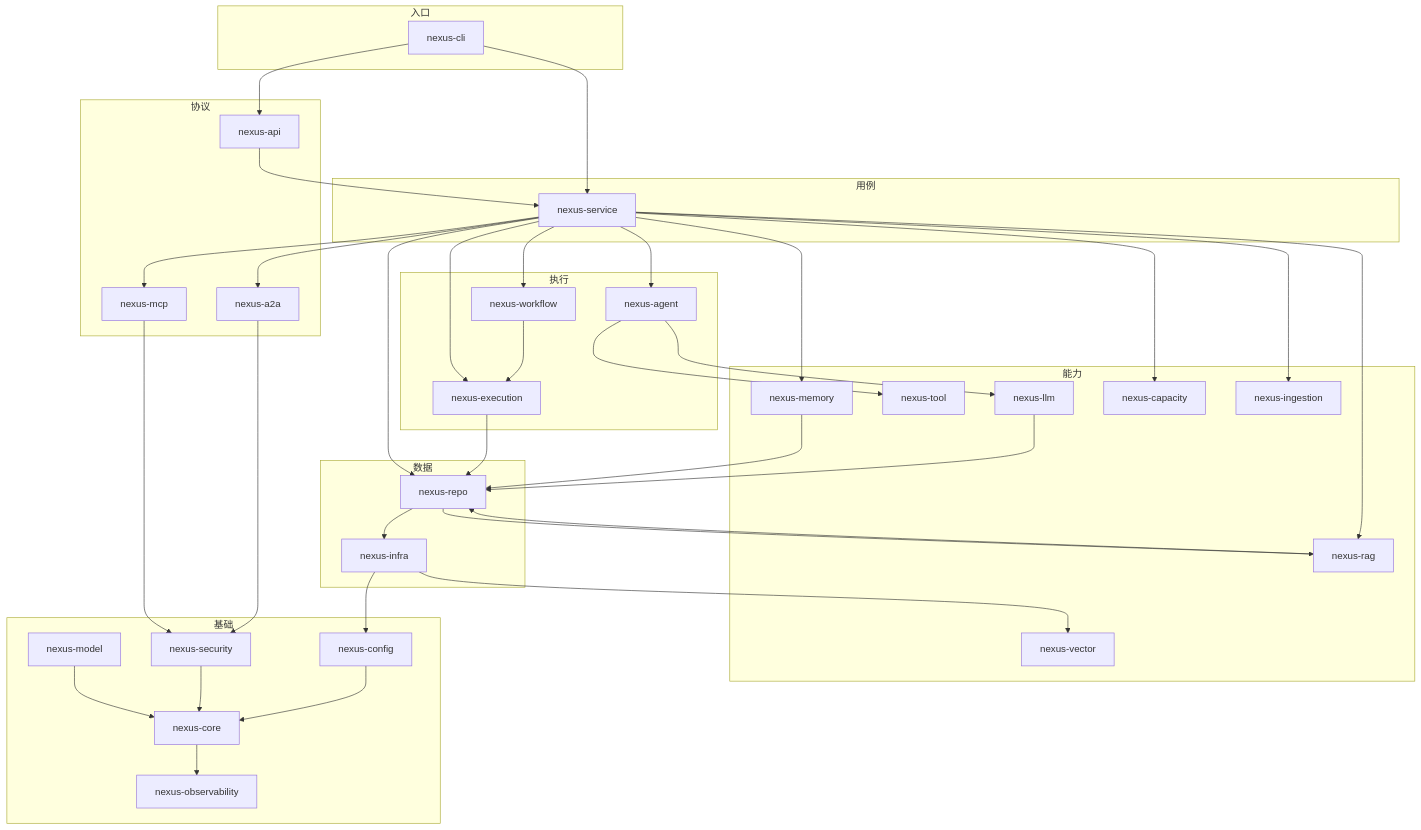
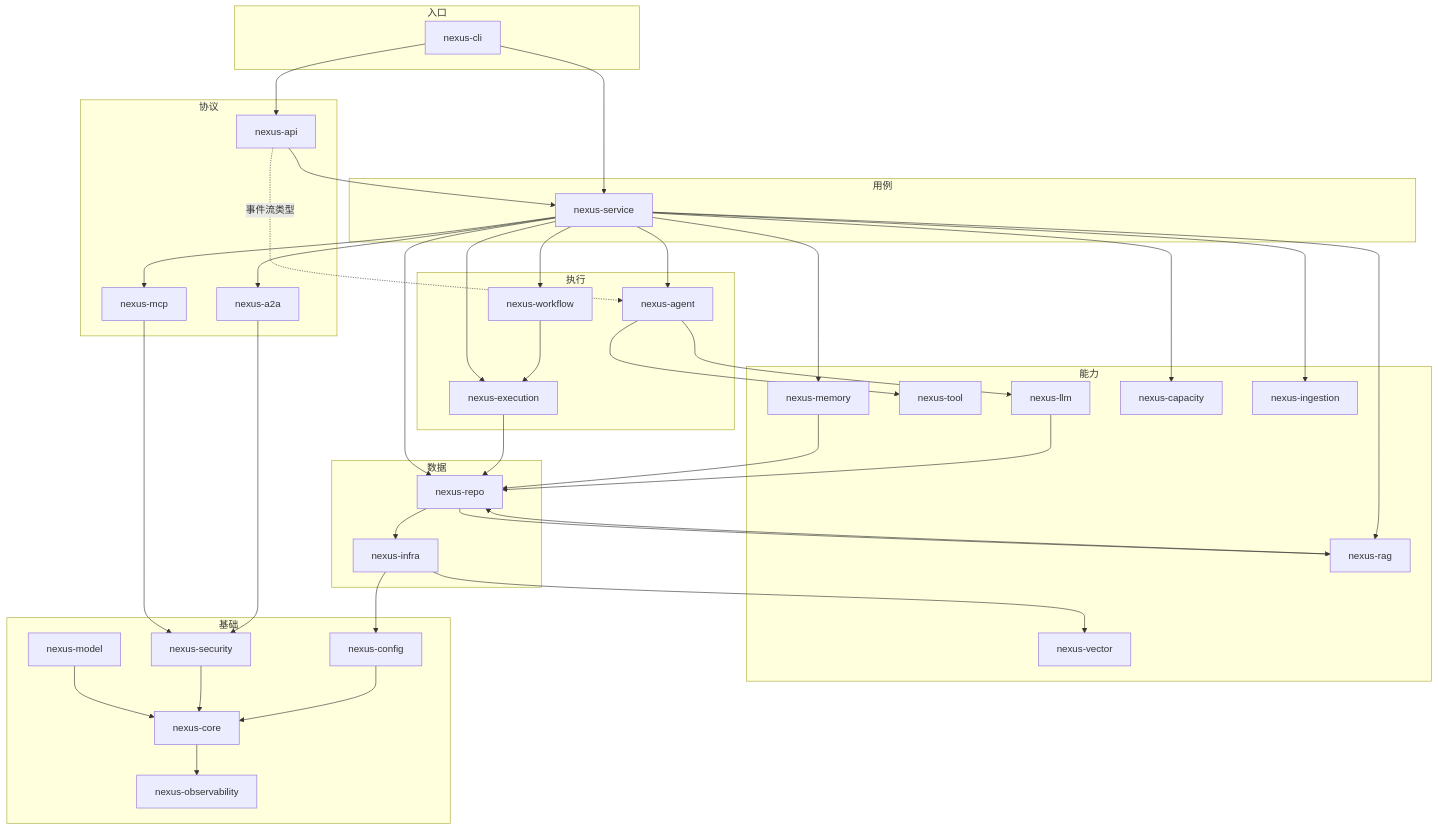
The third of 3 diagrams in docs/architecture/2026-11-04-nexusagent-rust-architecture-design.md (heheshang/nexus-agent), drawn with Mermaid before and after one commit. The commit also changed other lines of this file and 14 other files, not shown here.

````diff
--- a/docs/architecture/2026-11-04-nexusagent-rust-architecture-design.md
+++ b/docs/architecture/2026-11-04-nexusagent-rust-architecture-design.md
@@ -1286,70 +1286,71 @@
 ```mermaid
 flowchart TB
   subgraph ENTRY["入口"]
     CLI["nexus-cli"]
   end
   subgraph EDGE["协议"]
     API["nexus-api"]
     MCP["nexus-mcp"]
     A2A["nexus-a2a"]
   end
   subgraph APP["用例"]
     SVC["nexus-service"]
   end
   subgraph EXEC["执行"]
     AG["nexus-agent"]
     WF["nexus-workflow"]
     EXE["nexus-execution"]
   end
   subgraph CAP["能力"]
     LLM["nexus-llm"]
     TOOL["nexus-tool"]
     RAG["nexus-rag"]
     MEM["nexus-memory"]
     CAPQ["nexus-capacity"]
     ING["nexus-ingestion"]
     VEC["nexus-vector"]
   end
   subgraph DATA["数据"]
     REPO["nexus-repo"]
     INFRA["nexus-infra"]
   end
   subgraph FND["基础"]
     CORE["nexus-core"]
     CFG["nexus-config"]
     SEC["nexus-security"]
     OBS["nexus-observability"]
     MODEL["nexus-model"]
   end
 
   CLI --> API
   CLI --> SVC
   API --> SVC
+  API -.->|"事件流类型"| AG
   SVC --> AG
   SVC --> WF
   SVC --> EXE
   SVC --> RAG
   SVC --> MEM
   SVC --> CAPQ
   SVC --> ING
   SVC --> MCP
   SVC --> A2A
   SVC --> REPO
   AG --> LLM
   AG --> TOOL
   WF --> EXE
   EXE --> REPO
   RAG --> REPO
   MEM --> REPO
   LLM --> REPO
   REPO --> INFRA
   REPO --> RAG
   INFRA --> CFG
   INFRA --> VEC
   MCP --> SEC
   A2A --> SEC
   CORE --> OBS
   MODEL --> CORE
   SEC --> CORE
   CFG --> CORE
 ```
````
